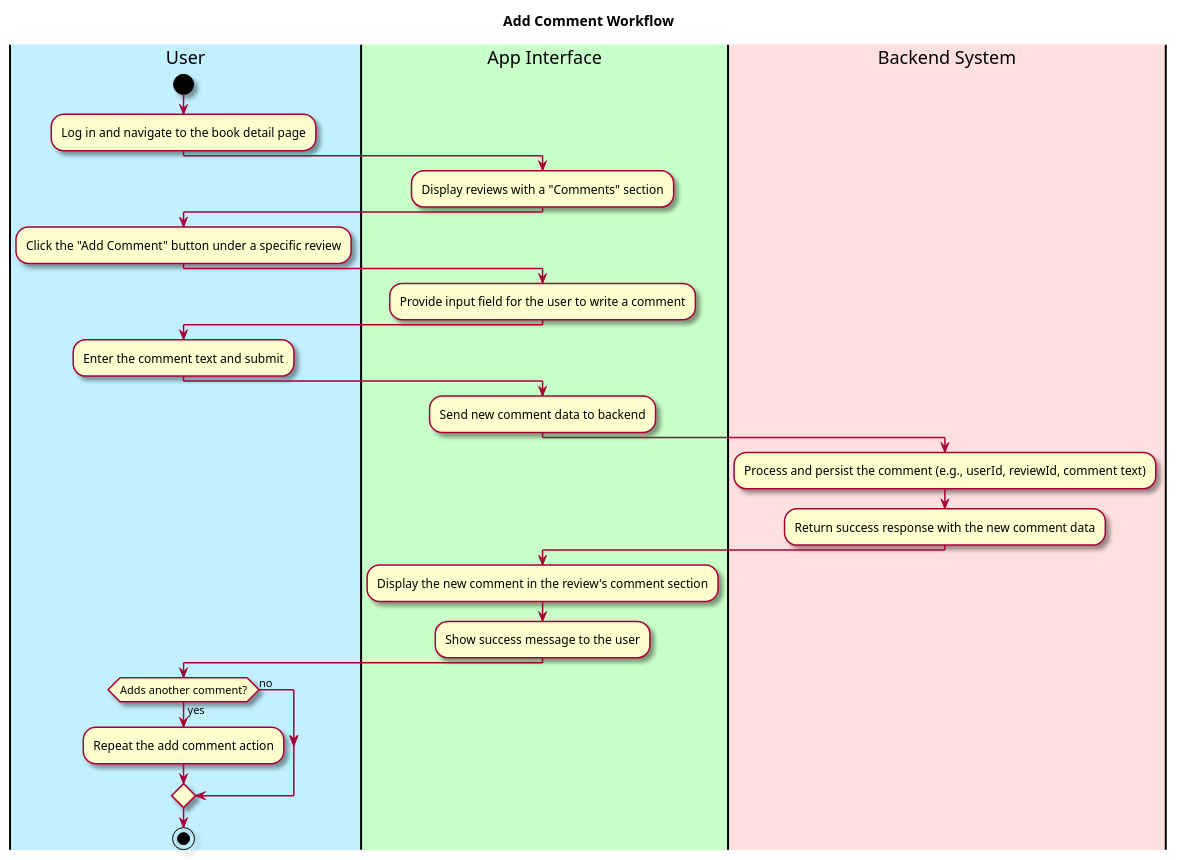
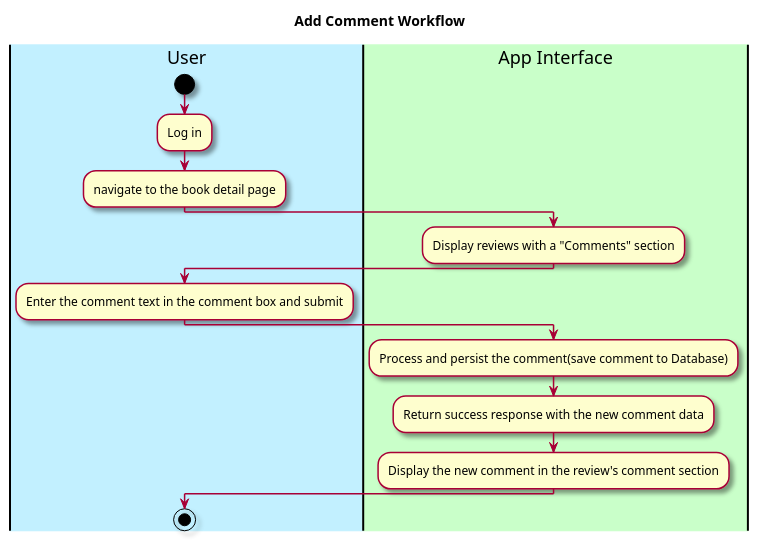
Before and after one commit to Khurshid03/team-2b: the first of 2 diagrams in intellij/doc/use-cases/comment-on-a-review.md, drawn with PlantUML. The commit also changed other lines of this file and 5 other files, not shown here.

Commit message:
Edit the use case diagrams for multiple use cases

````diff
--- a/intellij/doc/use-cases/comment-on-a-review.md
+++ b/intellij/doc/use-cases/comment-on-a-review.md
@@ -56,48 +55,34 @@
 ```plantuml
 @startuml
 
 skin rose
 
 title Add Comment Workflow
 
 |#application|User|
 |#technology|App Interface|
-|#Implementation|Backend System|
 
 |User|
 start
-:Log in and navigate to the book detail page;
+:Log in;
+:navigate to the book detail page;
 
 |App Interface|
 :Display reviews with a "Comments" section;
 
 |User|
-:Click the "Add Comment" button under a specific review;
+:Enter the comment text in the comment box and submit;
 
 |App Interface|
-:Provide input field for the user to write a comment;
-
-|User|
-:Enter the comment text and submit;
-
-|App Interface|
-:Send new comment data to backend;
-
-|Backend System|
-:Process and persist the comment (e.g., userId, reviewId, comment text);
+:Process and persist the comment(save comment to Database);
 :Return success response with the new comment data;
 
 |App Interface|
 :Display the new comment in the review's comment section;
-:Show success message to the user;
 
 |User|
-if (Adds another comment?) then (yes)
-  :Repeat the add comment action;
-else (no)
-endif
 
 stop
 
 @enduml
 ```
````
